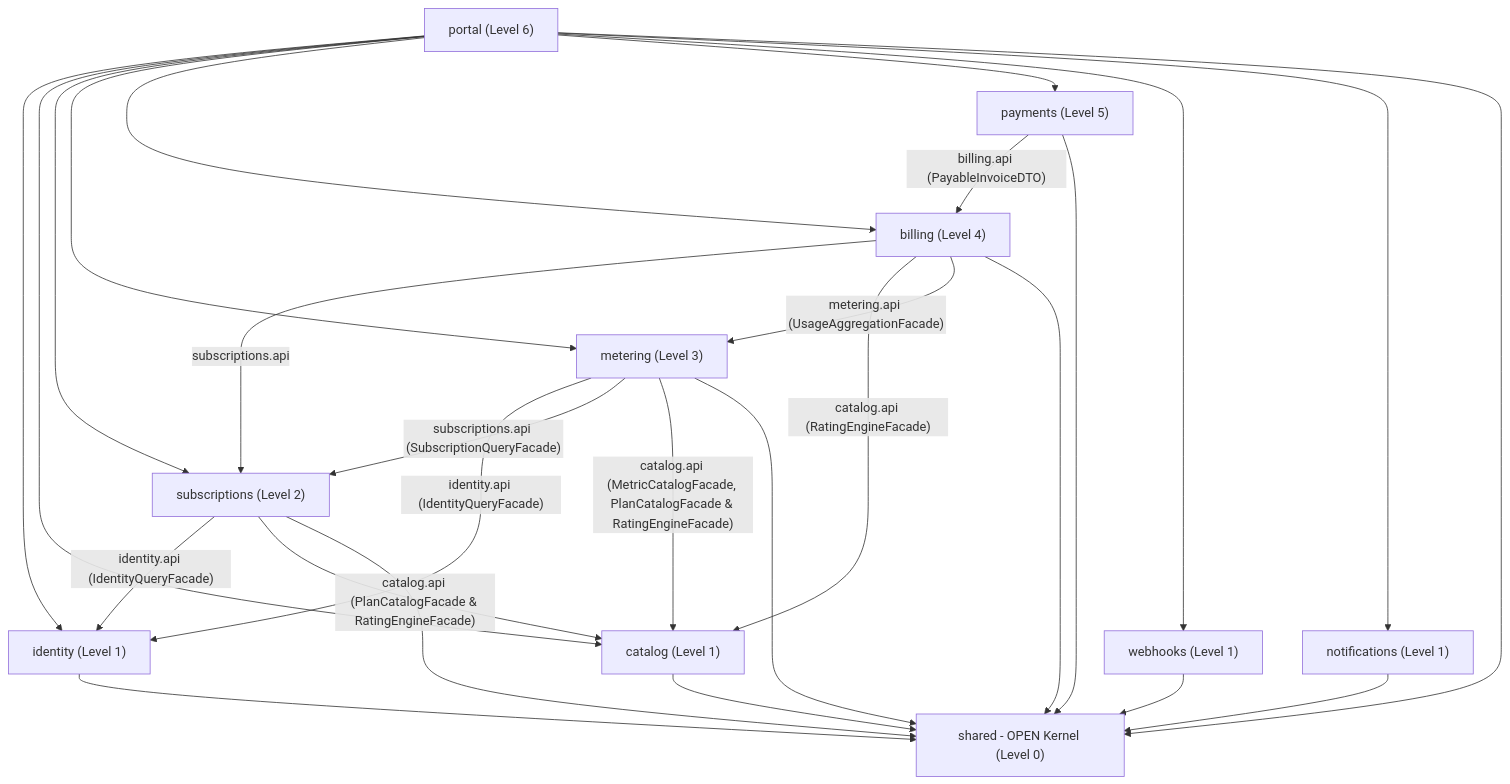
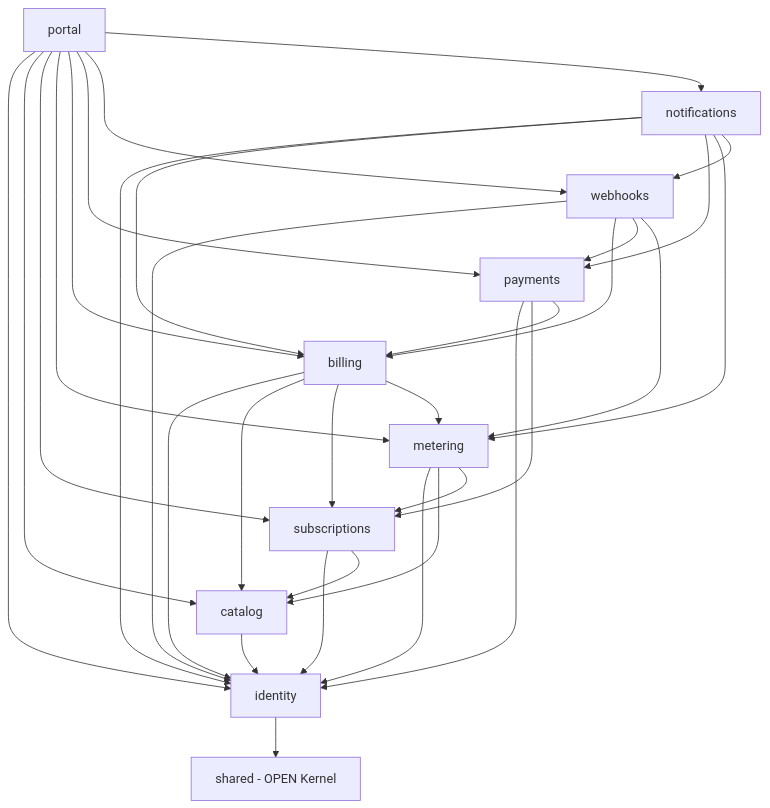
The first of 2 diagrams in docs/architecture/MODULE_BOUNDARIES.md (arman07k/MeterFlow), drawn with Mermaid before and after one commit. The commit also changed other lines of this file and 13 other files, not shown here.

First line of the commit message:
feat(docs): Update SYSTEM_DESIGN.md with API and service renaming, improve event ingestion flow, and clarify error handling

````diff
--- a/docs/architecture/MODULE_BOUNDARIES.md
+++ b/docs/architecture/MODULE_BOUNDARIES.md
@@ -43,42 +43,23 @@
 ```mermaid
 flowchart TD
-    Portal["portal (Level 6)"]
-    Payments["payments (Level 5)"]
-    Billing["billing (Level 4)"]
-    Metering["metering (Level 3)"]
-    Subscriptions["subscriptions (Level 2)"]
-    Identity["identity (Level 1)"]
-    Catalog["catalog (Level 1)"]
-    Webhooks["webhooks (Level 1)"]
-    Notifications["notifications (Level 1)"]
-    Shared["shared - OPEN Kernel (Level 0)"]
+    Portal["portal"]
+    Notifications["notifications"]
+    Webhooks["webhooks"]
+    Payments["payments"]
+    Billing["billing"]
+    Metering["metering"]
+    Subscriptions["subscriptions"]
+    Catalog["catalog"]
+    Identity["identity"]
+    Shared["shared - OPEN Kernel"]
 
-    Portal --> Identity
-    Portal --> Catalog
-    Portal --> Subscriptions
-    Portal --> Metering
-    Portal --> Billing
-    Portal --> Payments
-    Portal --> Webhooks
-    Portal --> Notifications
-
-    Payments -->|"billing.api (PayableInvoiceDTO)"| Billing
-    Billing -->|"subscriptions.api"| Subscriptions
-    Billing -->|"catalog.api (RatingEngineFacade)"| Catalog
-    Billing -->|"metering.api (UsageAggregationFacade)"| Metering
-    Metering -->|"identity.api (IdentityQueryFacade)"| Identity
-    Metering -->|"subscriptions.api (SubscriptionQueryFacade)"| Subscriptions
-    Metering -->|"catalog.api (MetricCatalogFacade, PlanCatalogFacade & RatingEngineFacade)"| Catalog
-    Subscriptions -->|"identity.api (IdentityQueryFacade)"| Identity
-    Subscriptions -->|"catalog.api (PlanCatalogFacade & RatingEngineFacade)"| Catalog
-
-    Portal --> Shared
-    Payments --> Shared
-    Billing --> Shared
-    Metering --> Shared
-    Subscriptions --> Shared
+    Portal --> Identity & Catalog & Subscriptions & Metering & Billing & Payments & Webhooks & Notifications
+    Notifications --> Identity & Billing & Payments & Metering & Webhooks
+    Webhooks --> Identity & Billing & Payments & Metering
+    Payments --> Identity & Subscriptions & Billing
+    Billing --> Identity & Catalog & Subscriptions & Metering
+    Metering --> Identity & Catalog & Subscriptions
+    Subscriptions --> Identity & Catalog
+    Catalog --> Identity
     Identity --> Shared
-    Catalog --> Shared
-    Webhooks --> Shared
-    Notifications --> Shared
 ```
````
